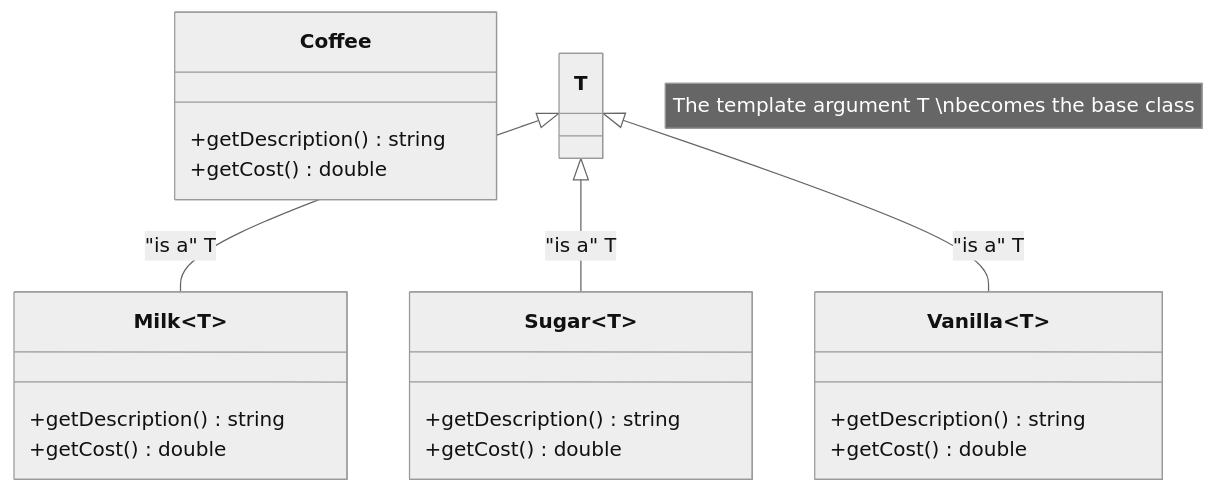
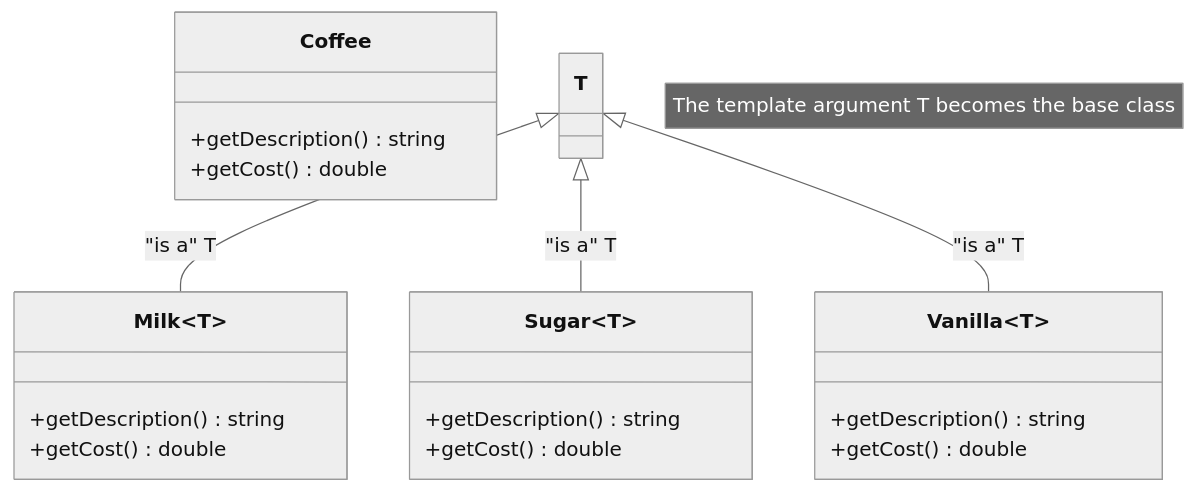
The diagram in 11_Decorator/Static_Mixin/diagram.md (Cichlidfishexigency721/Modern-CPP-Design-Patterns), drawn with Mermaid (neutral theme) before and after one commit. The commit also changed 1 other file, not shown here.

````diff
--- a/11_Decorator/Static_Mixin/diagram.md
+++ b/11_Decorator/Static_Mixin/diagram.md
@@ -3,31 +3,31 @@
 ```mermaid
 classDiagram
    class Coffee {
       +getDescription() string
       +getCost() double
    }
 
    class Milk~T~ {
       +getDescription() string
       +getCost() double
    }
 
    class Sugar~T~ {
       +getDescription() string
       +getCost() double
    }
 
    class Vanilla~T~ {
       +getDescription() string
       +getCost() double
    }
 
    %% In Static Decorator, the decorator inherits from the template parameter T.
    %% There is NO composition (*--) and NO multiplicity numbers.
    
    T <|-- Milk~T~ : "is a" T
    T <|-- Sugar~T~ : "is a" T
    T <|-- Vanilla~T~ : "is a" T
 
-   note for Milk~T~ "The template argument T \nbecomes the base class"
+   note for Milk~T~ "The template argument T becomes the base class"
 ```
````
